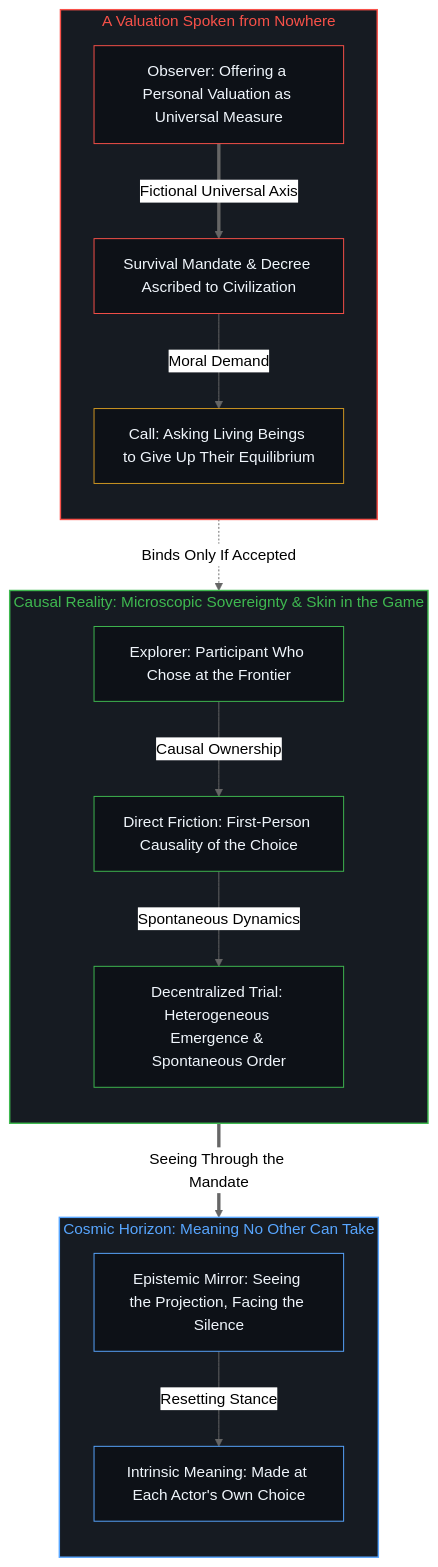
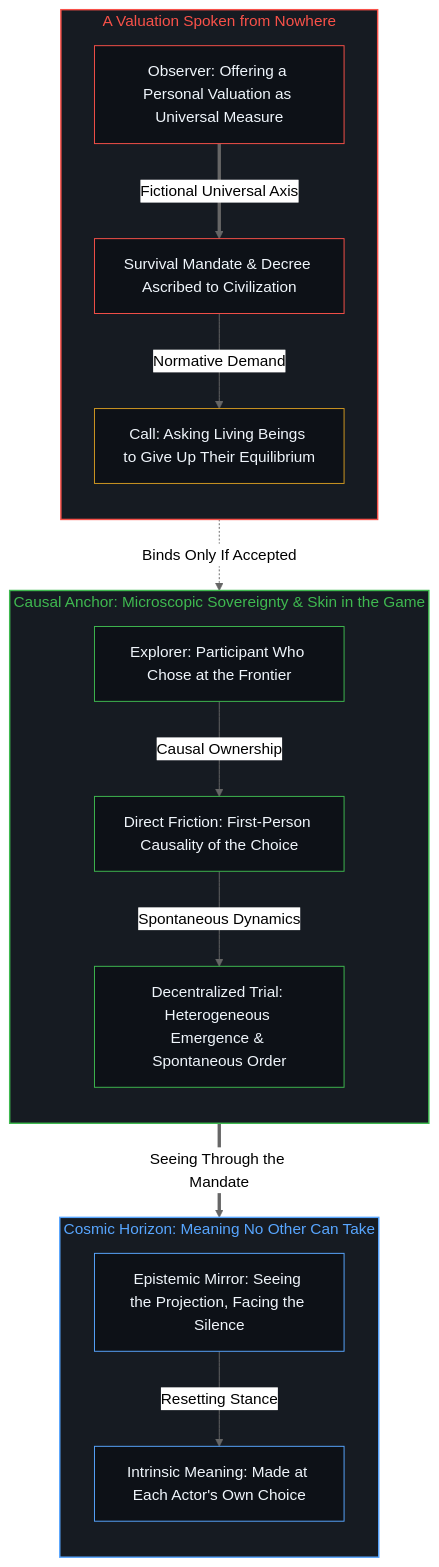
One commit to powerpig99/not-a-toe changed the sixth of 6 diagrams in content/posts/the-fermi-paradox-reified-agency-and-the-great-filter.md. Above: the diagram before and after it, drawn with Mermaid (neutral theme). The commit also changed other lines of this file and 2 other files, not shown here.

````diff
--- a/content/posts/the-fermi-paradox-reified-agency-and-the-great-filter.md
+++ b/content/posts/the-fermi-paradox-reified-agency-and-the-great-filter.md
@@ -265,45 +234,38 @@
 ```mermaid
 flowchart TD
     subgraph S_Hegemony ["A Valuation Spoken from Nowhere"]
         direction TB
         VEC["Observer: Offering a Personal Valuation as Universal Measure"]
         TOTEM["Survival Mandate & Decree Ascribed to Civilization"]
         COERCION["Call: Asking Living Beings to Give Up Their Equilibrium"]
     end
-
-    subgraph S_Micro ["Causal Reality: Microscopic Sovereignty & Skin in the Game"]
+    subgraph S_Micro ["Causal Anchor: Microscopic Sovereignty & Skin in the Game"]
         direction TB
         IND["Explorer: Participant Who Chose at the Frontier"]
         SKIN["Direct Friction: First-Person Causality of the Choice"]
         EVO["Decentralized Trial: Heterogeneous Emergence & Spontaneous Order"]
     end
-
     subgraph S_Horizon ["Cosmic Horizon: Meaning No Other Can Take"]
         direction TB
         MIRROR["Epistemic Mirror: Seeing the Projection, Facing the Silence"]
         MEANING["Intrinsic Meaning: Made at Each Actor's Own Choice"]
     end
-
     VEC ==>|"Fictional Universal Axis"| TOTEM
-    TOTEM -->|"Moral Demand"| COERCION
+    TOTEM -->|"Normative Demand"| COERCION
     COERCION -.->|"Binds Only If Accepted"| IND
-
     IND -->|"Causal Ownership"| SKIN
     SKIN -->|"Spontaneous Dynamics"| EVO
-
     EVO ==>|"Seeing Through the Mandate"| MIRROR
     MIRROR -->|"Resetting Stance"| MEANING
-
     style S_Hegemony fill:#161b22,stroke:#f85149,stroke-width:1.5px,color:#f85149
     style S_Micro fill:#161b22,stroke:#3fb950,stroke-width:1.5px,color:#3fb950
     style S_Horizon fill:#161b22,stroke:#58a6ff,stroke-width:1.5px,color:#58a6ff
-
     style VEC fill:#0d1117,stroke:#f85149,stroke-width:1px,color:#f0f6fc
     style TOTEM fill:#0d1117,stroke:#f85149,stroke-width:1px,color:#f0f6fc
     style COERCION fill:#0d1117,stroke:#d29922,stroke-width:1px,color:#f0f6fc
     style IND fill:#0d1117,stroke:#3fb950,stroke-width:1px,color:#f0f6fc
     style SKIN fill:#0d1117,stroke:#3fb950,stroke-width:1px,color:#f0f6fc
     style EVO fill:#0d1117,stroke:#3fb950,stroke-width:1px,color:#f0f6fc
     style MIRROR fill:#0d1117,stroke:#58a6ff,stroke-width:1px,color:#f0f6fc
     style MEANING fill:#0d1117,stroke:#58a6ff,stroke-width:1px,color:#f0f6fc
 ```
````
